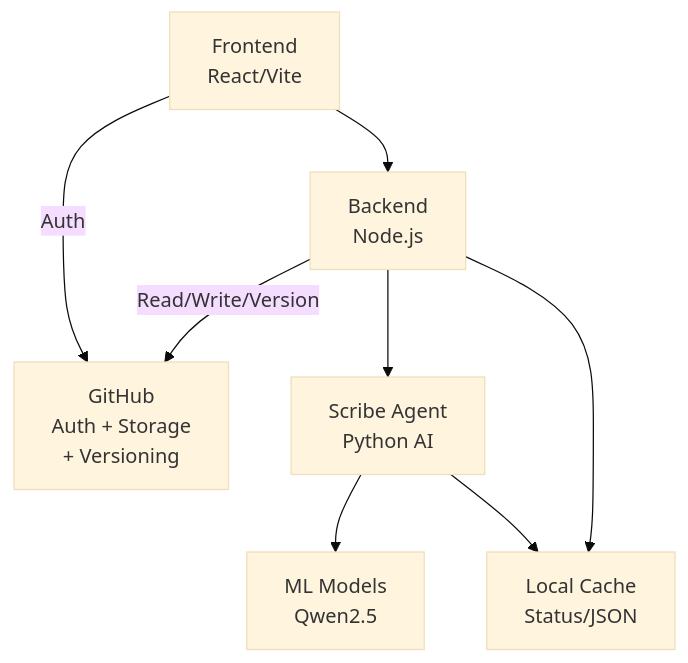
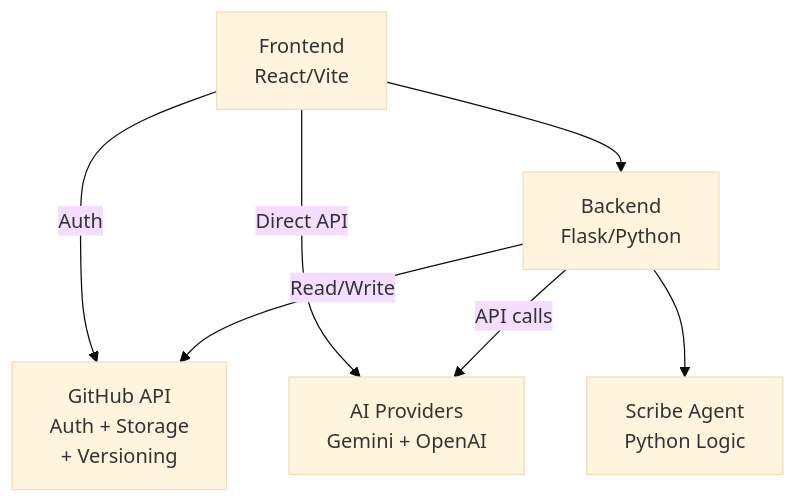
Before and after one commit to rvishravars/thecommons: the diagram in README.md, drawn with Mermaid (base theme). The commit also changed other lines of this file and 2 other files, not shown here.

Commit message:
Cleanup for AI templates

````diff
--- a/README.md
+++ b/README.md
@@ -59,17 +59,15 @@
 ```mermaid
 graph TB
     A["Frontend<br/>React/Vite"]
-    B["Backend<br/>Node.js"]
-    C["Scribe Agent<br/>Python AI"]
-    D["ML Models<br/>Qwen2.5"]
-    E["Local Cache<br/>Status/JSON"]
-    F["GitHub<br/>Auth + Storage<br/>+ Versioning"]
+    B["Backend<br/>Flask/Python"]
+    C["AI Providers<br/>Gemini + OpenAI"]
+    D["GitHub API<br/>Auth + Storage<br/>+ Versioning"]
+    E["Scribe Agent<br/>Python Logic"]
     
-    A -->|Auth| F
+    A -->|Auth| D
+    A -->|Direct API| C
     A --> B
-    B -->|Read/Write/Version| F
-    B --> C
-    C --> D
-    C --> E
+    B -->|API calls| C
+    B -->|Read/Write| D
     B --> E
 ```
````
